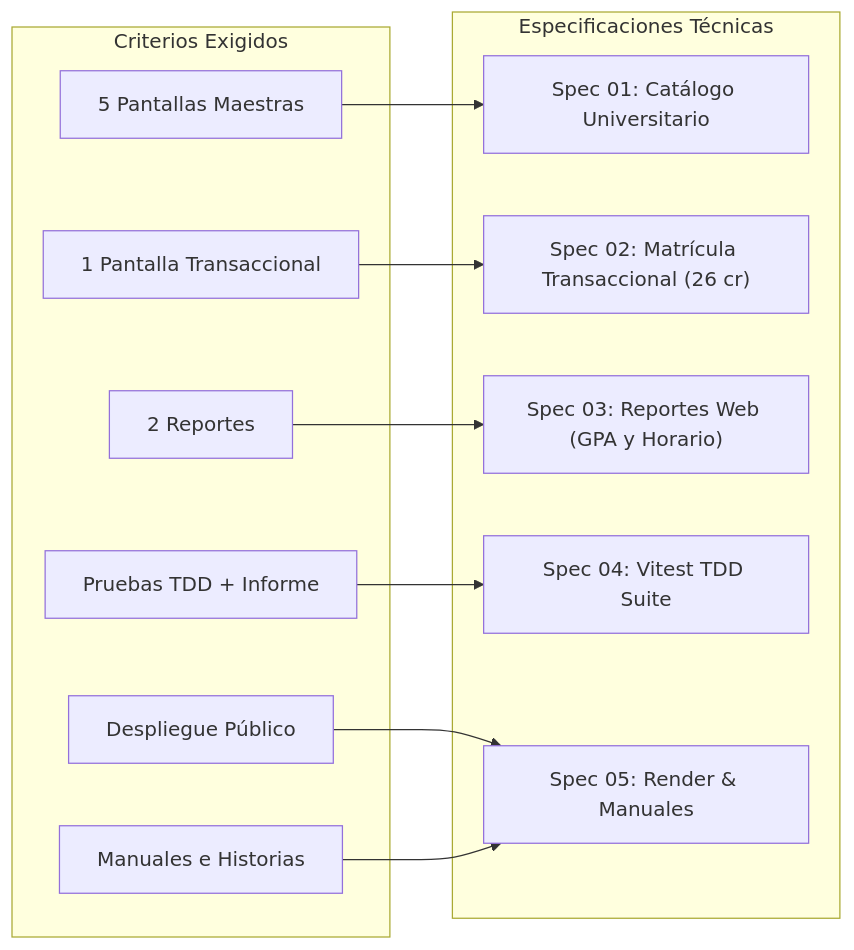
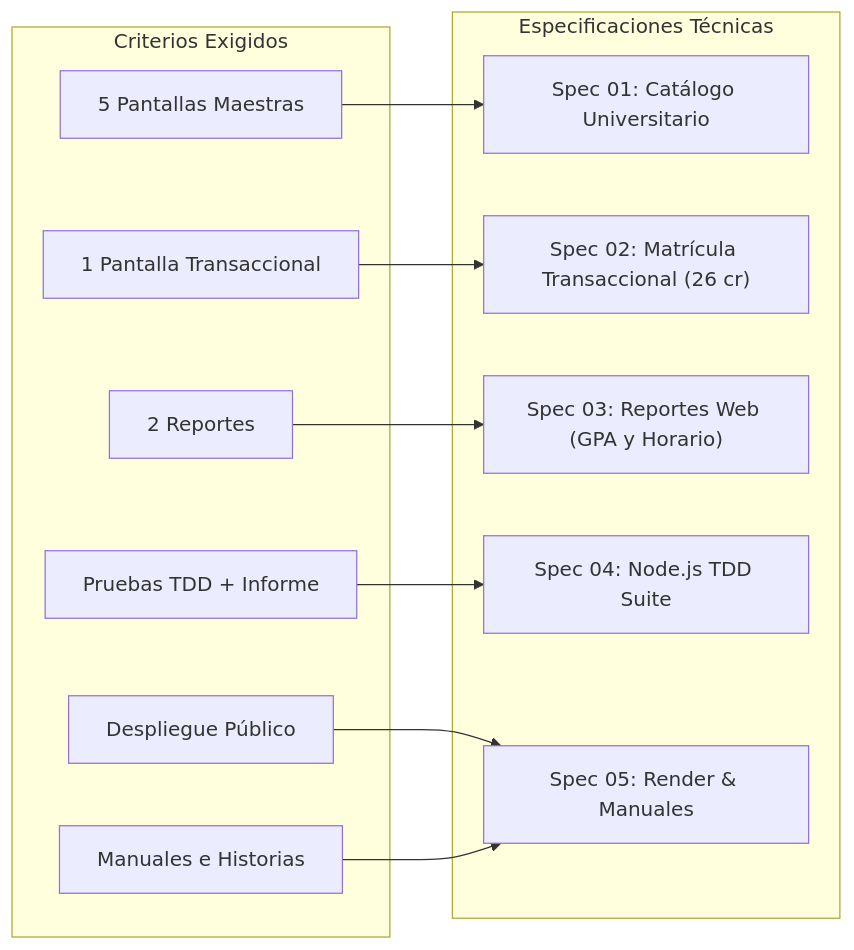
Before and after one commit to SebasMF11/ProyectoDeSW: the diagram in specs/README.md, drawn with Mermaid. The commit also changed other lines of this file and 2 other files, not shown here.

````diff
--- a/specs/README.md
+++ b/specs/README.md
@@ -21,26 +21,26 @@
 ```mermaid
 flowchart LR
     subgraph Rubrica ["Criterios Exigidos"]
         C1["5 Pantallas Maestras"]
         C2["1 Pantalla Transaccional"]
         C3["2 Reportes"]
         C4["Pruebas TDD + Informe"]
         C5["Despliegue Público"]
         C6["Manuales e Historias"]
     end
 
     subgraph Specs ["Especificaciones Técnicas"]
         S1["Spec 01: Catálogo Universitario"]
         S2["Spec 02: Matrícula Transaccional (26 cr)"]
         S3["Spec 03: Reportes Web (GPA y Horario)"]
-        S4["Spec 04: Vitest TDD Suite"]
+        S4["Spec 04: Node.js TDD Suite"]
         S5["Spec 05: Render & Manuales"]
     end
 
     C1 --> S1
     C2 --> S2
     C3 --> S3
     C4 --> S4
     C5 --> S5
     C6 --> S5
 ```
````
